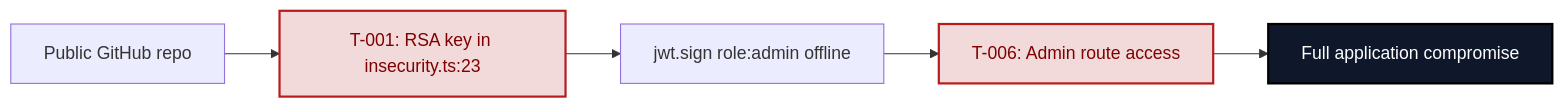
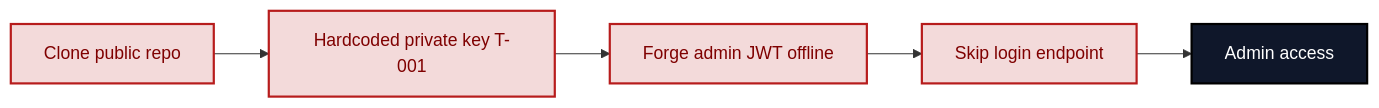
One commit to appsec-foundry/appsec-advisor changed the sixth of 10 diagrams in examples/threat-modeler/threat-mode-juice-shop-quick.md. Above: the diagram before and after it, drawn with Mermaid. The commit also changed other lines of this file and 10 other files, not shown here.

````diff
--- a/examples/threat-modeler/threat-mode-juice-shop-quick.md
+++ b/examples/threat-modeler/threat-mode-juice-shop-quick.md
@@ -460,12 +446,11 @@
 ```mermaid
 graph LR
-    A[Public GitHub repo] --> B[T-001: RSA key in insecurity.ts:23]
-    B --> C[jwt.sign role:admin offline]
-    C --> D[T-006: Admin route access]
-    D --> E[Full application compromise]
-
     classDef risk fill:#f3dada,stroke:#b71c1c,color:#7f0000,stroke-width:2px
     classDef impact fill:#0f172a,stroke:#000,color:#fff,stroke-width:2px
-    class B,D risk
-    class E impact
+    A1["Clone public repo"]:::risk
+    A2["Hardcoded private key T-001"]:::risk
+    A3["Forge admin JWT offline"]:::risk
+    A4["Skip login endpoint"]:::risk
+    A5["Admin access"]:::impact
+    A1 --> A2 --> A3 --> A4 --> A5
 ```
````
